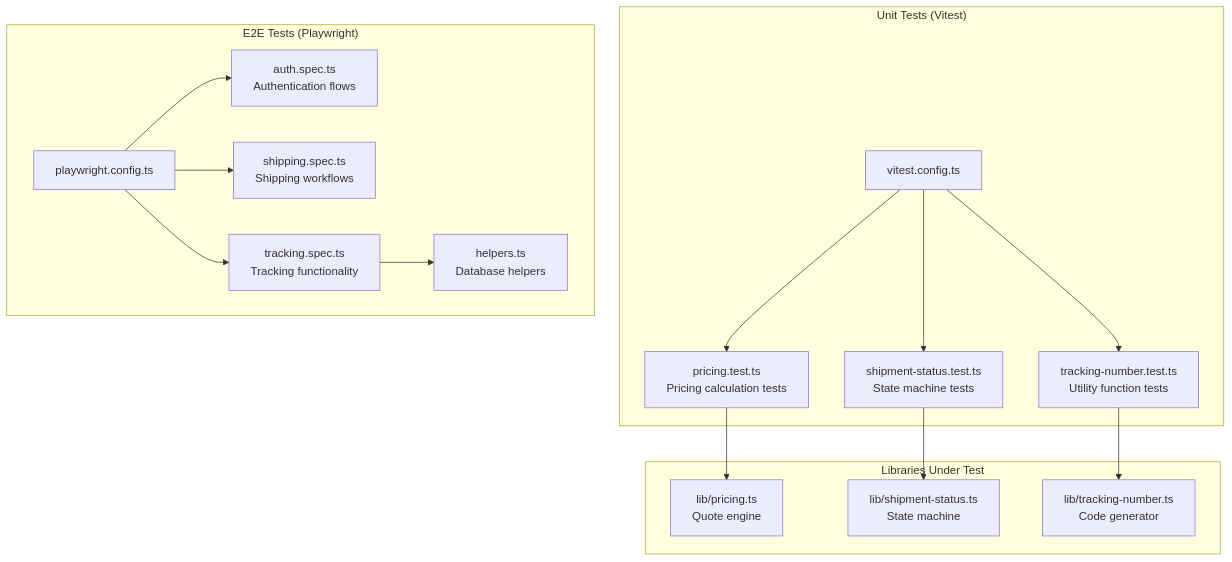
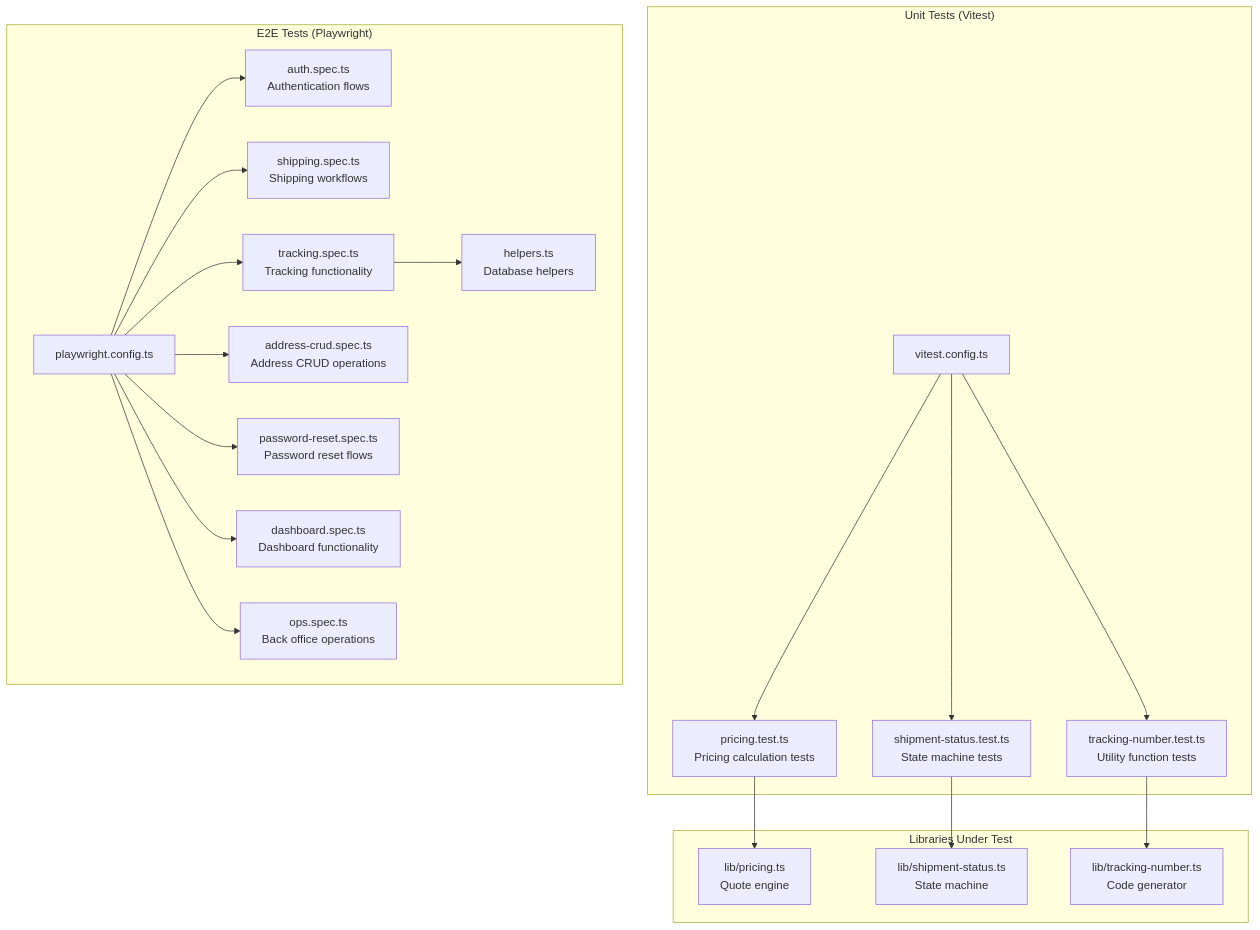
Before and after one commit to gyamposudodzi/Timberland: the first of 8 diagrams in .qoder/repowiki/en/content/Testing Guide.md, drawn with Mermaid. The commit also changed other lines of this file and 48 other files, not shown here.

First line of the commit message:
feat(testing): expand E2E test coverage with new user flows and dashboard features

````diff
--- a/.qoder/repowiki/en/content/Testing Guide.md
+++ b/.qoder/repowiki/en/content/Testing Guide.md
@@ -49,31 +54,39 @@
 ```mermaid
 graph TB
 subgraph "Unit Tests (Vitest)"
 VT["vitest.config.ts"]
 TP["pricing.test.ts<br/>Pricing calculation tests"]
 TS["shipment-status.test.ts<br/>State machine tests"]
 TN["tracking-number.test.ts<br/>Utility function tests"]
 end
 subgraph "E2E Tests (Playwright)"
 PW["playwright.config.ts"]
 EA["auth.spec.ts<br/>Authentication flows"]
 ES["shipping.spec.ts<br/>Shipping workflows"]
 ET["tracking.spec.ts<br/>Tracking functionality"]
+ECRUD["address-crud.spec.ts<br/>Address CRUD operations"]
+EPW["password-reset.spec.ts<br/>Password reset flows"]
+EDS["dashboard.spec.ts<br/>Dashboard functionality"]
+EOPS["ops.spec.ts<br/>Back office operations"]
 EH["helpers.ts<br/>Database helpers"]
 end
 subgraph "Libraries Under Test"
 LP["lib/pricing.ts<br/>Quote engine"]
 LS["lib/shipment-status.ts<br/>State machine"]
 LN["lib/tracking-number.ts<br/>Code generator"]
 end
 VT --> TP
 VT --> TS
 VT --> TN
 PW --> EA
 PW --> ES
 PW --> ET
+PW --> ECRUD
+PW --> EPW
+PW --> EDS
+PW --> EOPS
 TP --> LP
 TS --> LS
 TN --> LN
 ET --> EH
 ```
````
